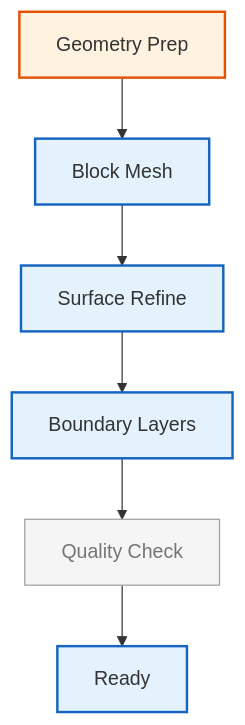
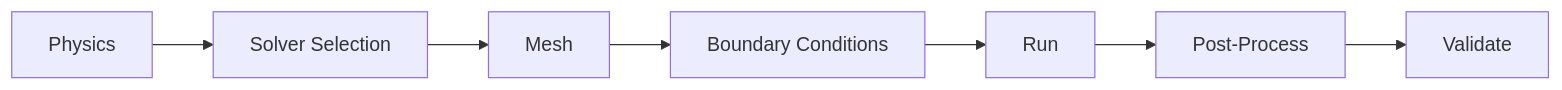
One commit to wramet/build-my-cfd changed the diagram in MODULE_03_SINGLE_PHASE_FLOW/CONTENT/05_PRACTICAL_APPLICATIONS/00_Overview.md. Above: the diagram before and after it, drawn with Mermaid. The commit also changed other lines of this file and 384 other files, not shown here.

````diff
--- a/MODULE_03_SINGLE_PHASE_FLOW/CONTENT/05_PRACTICAL_APPLICATIONS/00_Overview.md
+++ b/MODULE_03_SINGLE_PHASE_FLOW/CONTENT/05_PRACTICAL_APPLICATIONS/00_Overview.md
@@ -168,13 +9,9 @@
 ```mermaid
-flowchart TD
-%% Classes
-classDef explicit fill:#fff3e0,stroke:#e65100,stroke-width:2px;
-classDef implicit fill:#e3f2fd,stroke:#1565c0,stroke-width:2px;
-classDef context fill:#f5f5f5,stroke:#9e9e9e,stroke-width:1px,color:#757575;
-%% Nodes
-A[Geometry Prep]:::explicit --> B[Block Mesh]:::implicit
-B --> C[Surface Refine]:::implicit
-C --> D[Boundary Layers]:::implicit
-D --> E[Quality Check]:::context
-E --> F[Ready]:::implicit
+flowchart LR
+    A[Physics] --> B[Solver Selection]
+    B --> C[Mesh]
+    C --> D[Boundary Conditions]
+    D --> E[Run]
+    E --> F[Post-Process]
+    F --> G[Validate]
 ```
````
